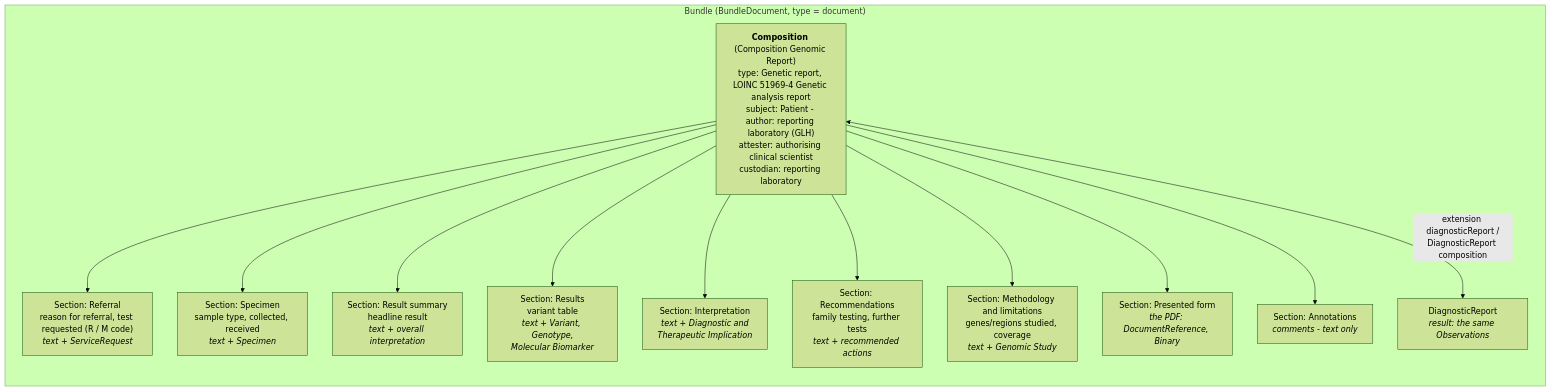
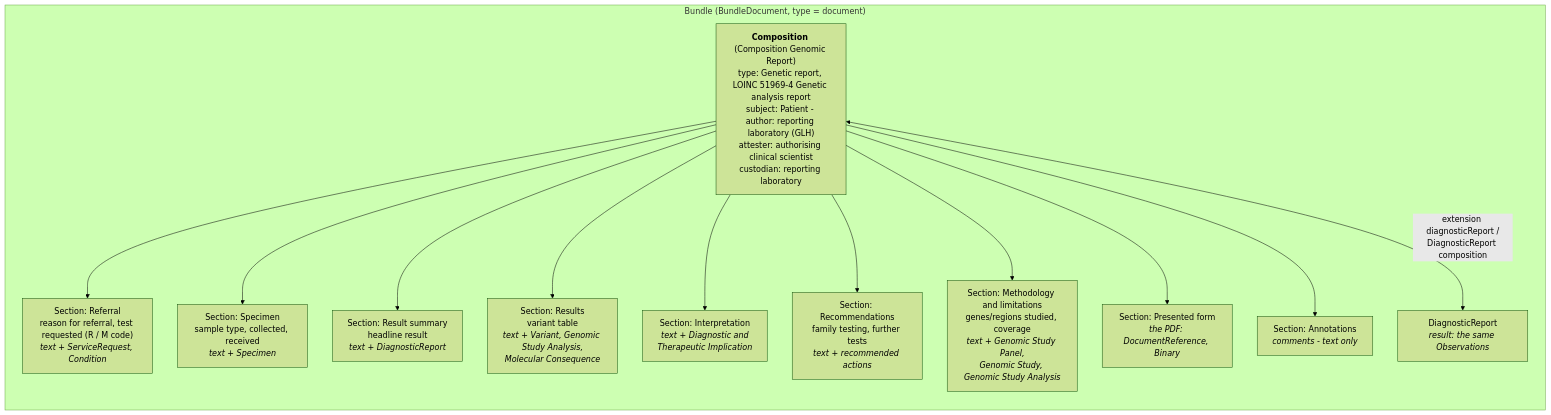
Before and after one commit to nw-gmsa/nw-gmsa.github.com: the first of 2 diagrams in input/pagecontent/StructureDefinition-Composition-GenomicReport-intro.md, drawn with Mermaid (forest theme). The commit also changed other lines of this file and 9 other files, not shown here.

First line of the commit message:
Composition Genomic Report: constrain section entries to IG profiles

````diff
--- a/input/pagecontent/StructureDefinition-Composition-GenomicReport-intro.md
+++ b/input/pagecontent/StructureDefinition-Composition-GenomicReport-intro.md
@@ -46,29 +46,29 @@
 ```mermaid
 flowchart TB
     subgraph BUNDLE["Bundle (BundleDocument, type = document)"]
         direction TB
         COMP["<b>Composition</b> (Composition Genomic Report)<br/>type: Genetic report, LOINC 51969-4 Genetic analysis report<br/>subject: Patient - author: reporting laboratory (GLH)<br/>attester: authorising clinical scientist<br/>custodian: reporting laboratory"]
 
-        S1["Section: Referral<br/>reason for referral, test requested (R / M code)<br/><i>text + ServiceRequest</i>"]
+        S1["Section: Referral<br/>reason for referral, test requested (R / M code)<br/><i>text + ServiceRequest, Condition</i>"]
         S2["Section: Specimen<br/>sample type, collected, received<br/><i>text + Specimen</i>"]
-        S3["Section: Result summary<br/>headline result<br/><i>text + overall interpretation</i>"]
-        S4["Section: Results<br/>variant table<br/><i>text + Variant, Genotype,<br/>Molecular Biomarker</i>"]
+        S3["Section: Result summary<br/>headline result<br/><i>text + DiagnosticReport</i>"]
+        S4["Section: Results<br/>variant table<br/><i>text + Variant, Genomic Study Analysis,<br/>Molecular Consequence</i>"]
         S5["Section: Interpretation<br/><i>text + Diagnostic and<br/>Therapeutic Implication</i>"]
         S6["Section: Recommendations<br/>family testing, further tests<br/><i>text + recommended actions</i>"]
-        S7["Section: Methodology and limitations<br/>genes/regions studied, coverage<br/><i>text + Genomic Study</i>"]
+        S7["Section: Methodology and limitations<br/>genes/regions studied, coverage<br/><i>text + Genomic Study Panel,<br/>Genomic Study, Genomic Study Analysis</i>"]
         S8["Section: Presented form<br/><i>the PDF: DocumentReference, Binary</i>"]
         S9["Section: Annotations<br/><i>comments - text only</i>"]
         DR["DiagnosticReport<br/><i>result: the same Observations</i>"]
     end
 
     COMP --> S1
     COMP --> S2
     COMP --> S3
     COMP --> S4
     COMP --> S5
     COMP --> S6
     COMP --> S7
     COMP --> S8
     COMP --> S9
     COMP <-->|"extension diagnosticReport /<br/>DiagnosticReport composition"| DR
 ```
````
